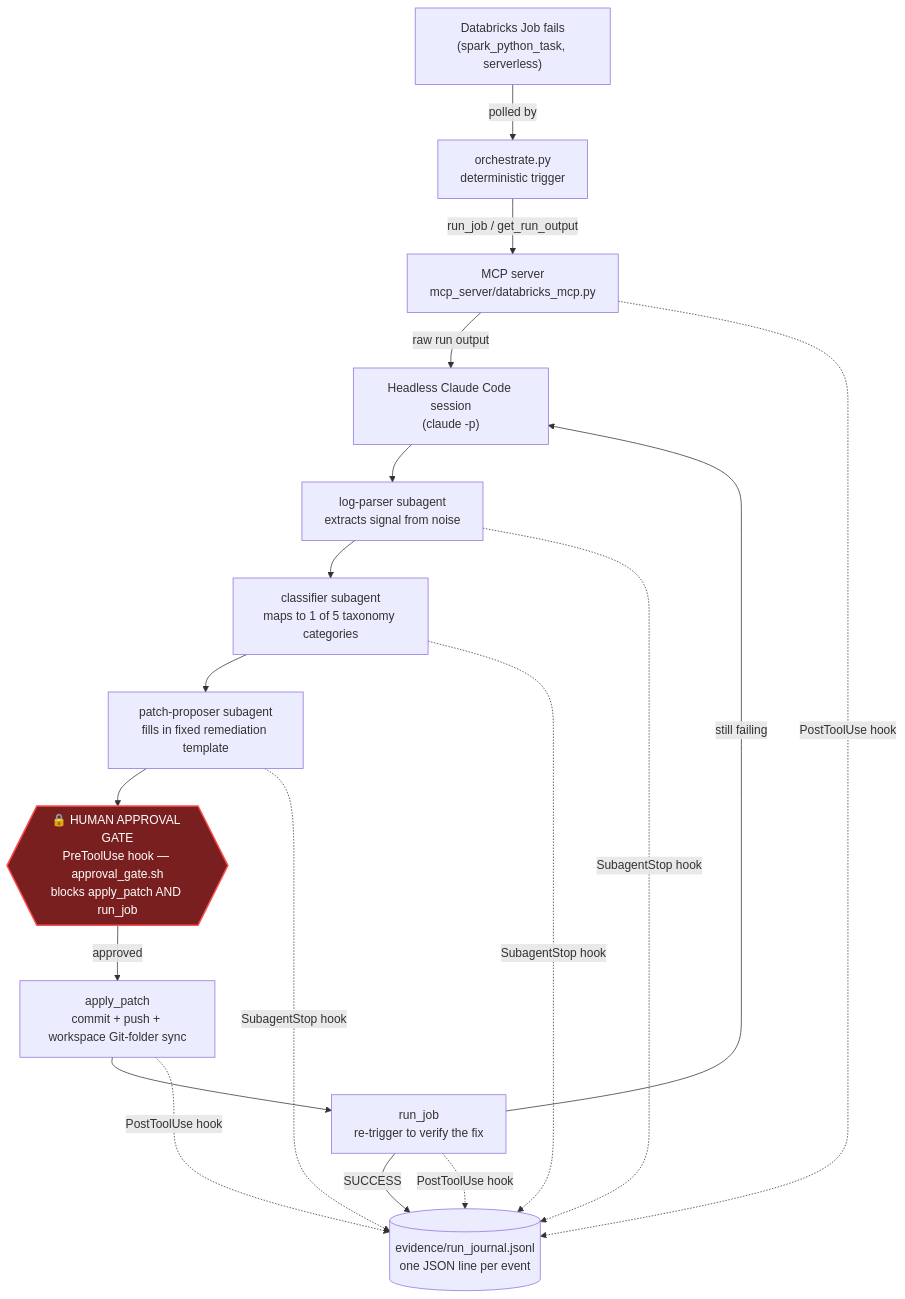
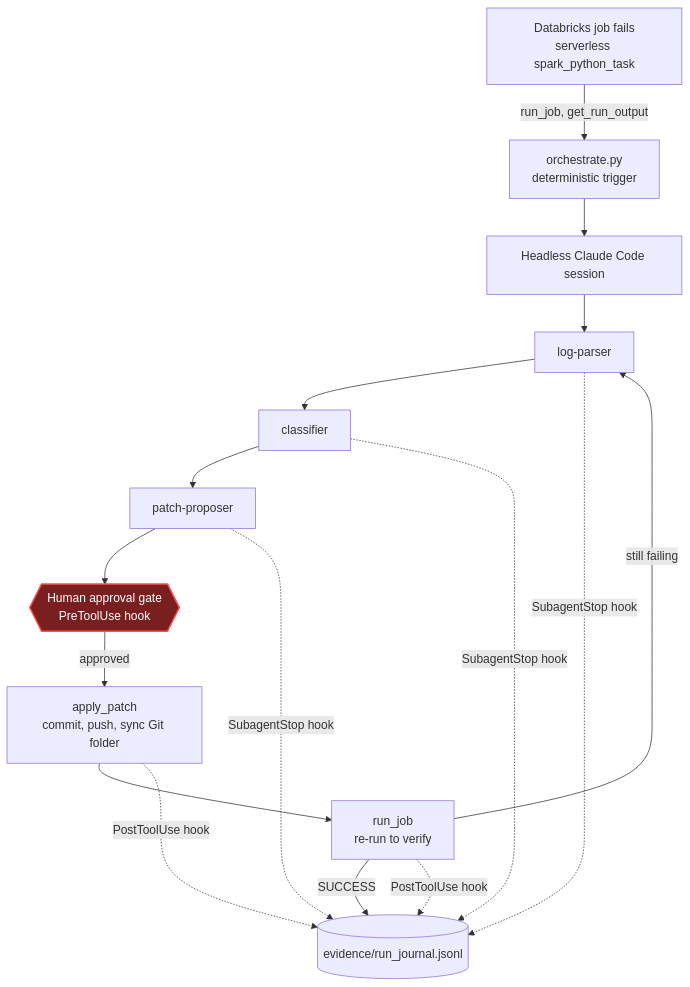
Before and after one commit to felipecastro-data/self-healing-databricks-pipeline-multi-agent: the first of 2 diagrams in README.md, drawn with Mermaid. The commit also changed other lines of this file, not shown here.

````diff
--- a/README.md
+++ b/README.md
@@ -9,23 +51,21 @@
 ```mermaid
 flowchart TD
-    A["Databricks Job fails\n(spark_python_task, serverless)"] -->|polled by| B["orchestrate.py\ndeterministic trigger"]
-    B -->|run_job / get_run_output| C["MCP server\nmcp_server/databricks_mcp.py"]
-    C -->|raw run output| D["Headless Claude Code session\n(claude -p)"]
-    D --> E["log-parser subagent\nextracts signal from noise"]
-    E --> F["classifier subagent\nmaps to 1 of 5 taxonomy categories"]
-    F --> G["patch-proposer subagent\nfills in fixed remediation template"]
-    G --> H{{"🔒 HUMAN APPROVAL GATE\nPreToolUse hook — approval_gate.sh\nblocks apply_patch AND run_job"}}
-    H -->|approved| I["apply_patch\ncommit + push + workspace Git-folder sync"]
-    I --> J["run_job\nre-trigger to verify the fix"]
-    J -->|still failing| D
-    J -->|SUCCESS| K[("evidence/run_journal.jsonl\none JSON line per event")]
+    A["Databricks job fails<br/>serverless spark_python_task"] -->|run_job, get_run_output| B["orchestrate.py<br/>deterministic trigger"]
+    B --> D["Headless Claude Code session"]
+    D --> E["log-parser"]
+    E --> F["classifier"]
+    F --> G["patch-proposer"]
+    G --> H{{"Human approval gate<br/>PreToolUse hook"}}
+    H -->|approved| I["apply_patch<br/>commit, push, sync Git folder"]
+    I --> J["run_job<br/>re-run to verify"]
+    J -->|still failing| E
+    J -->|SUCCESS| K[("evidence/run_journal.jsonl")]
 
     E -.->|SubagentStop hook| K
     F -.->|SubagentStop hook| K
     G -.->|SubagentStop hook| K
-    C -.->|PostToolUse hook| K
     I -.->|PostToolUse hook| K
     J -.->|PostToolUse hook| K
 
     style H fill:#7a1f1f,stroke:#ff4d4d,stroke-width:2px,color:#fff
 ```
````
